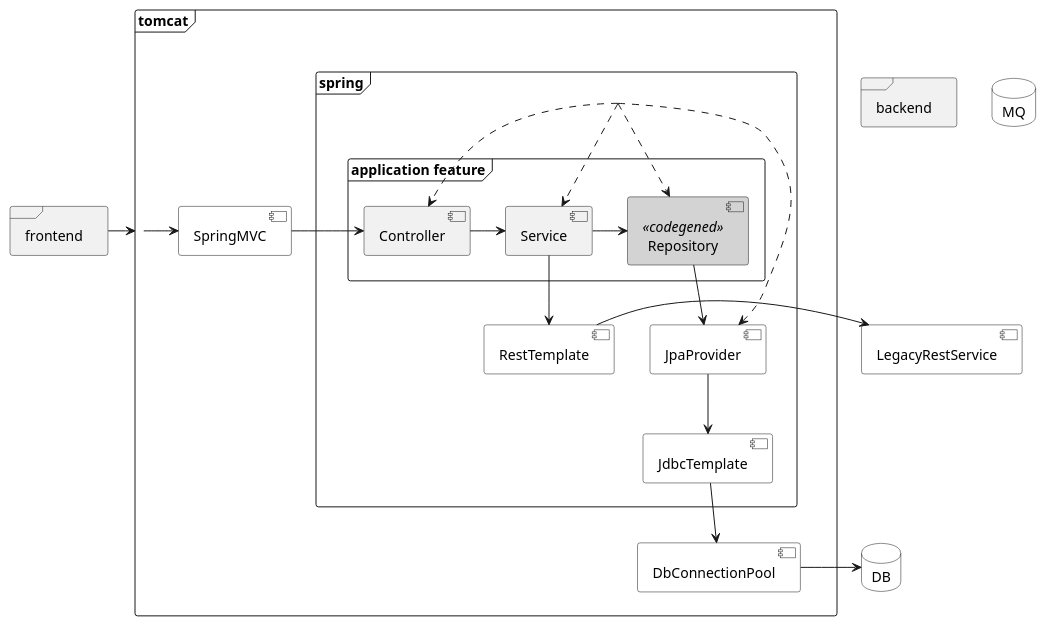
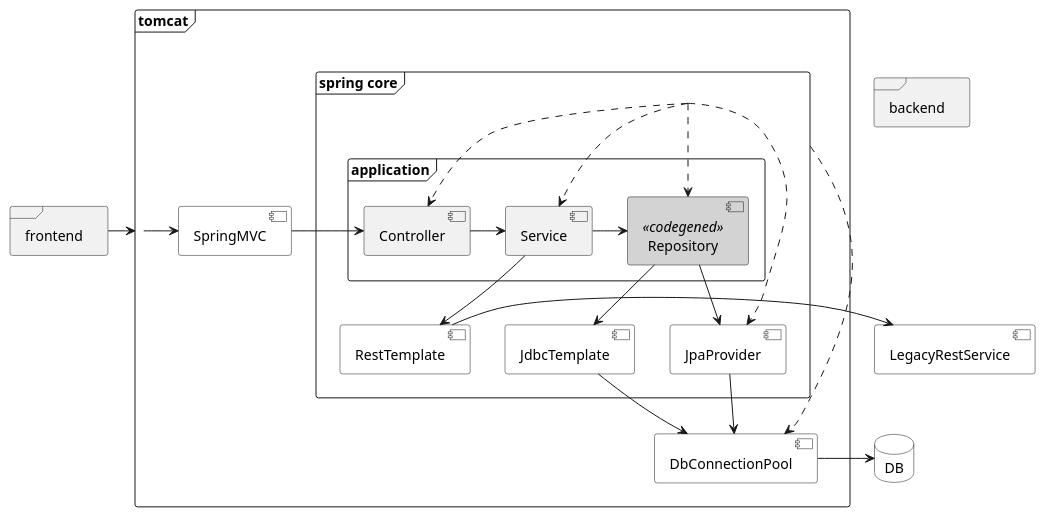
The second of 2 diagrams in README.md (eugene-krivosheyev/agile-practices-application), drawn with PlantUML before and after one commit. The commit also changed other lines of this file and 2 other files, not shown here.

````diff
--- a/README.md
+++ b/README.md
@@ -6,47 +93,46 @@
 ```puml
 @startuml
 frame frontend
 frontend -> tomcat
 
 database DB #white
-database MQ #white
 component [LegacyRestService] #white
 
 frame backend {
-  frame tomcat {
+  frame "servlet container" as tomcat {
     component [SpringMVC] #white
     
-    frame spring {
+    frame "spring core" as spring {
       component [RestTemplate] #white
       component [JpaProvider] #white
       component [JdbcTemplate] #white
       
-      frame "application feature" {
+      frame application {
         component [Repository] <<codegened>> #lightgray
         [Controller] -> [Service]
         Service -> [Repository]
         Repository --> JpaProvider
-        JpaProvider --> JdbcTemplate
+        Repository --> JdbcTemplate
         
         Service --> RestTemplate
         RestTemplate -> LegacyRestService
       }
     }
     
     component [DbConnectionPool] #white
     JdbcTemplate --> DbConnectionPool
+    JpaProvider --> DbConnectionPool
     DbConnectionPool -> DB
     
     spring ..> Controller
     spring ..> Service
     spring ..> Repository
     spring ..> JpaProvider
+    spring ..> DbConnectionPool
   }
   
   tomcat -> SpringMVC
   SpringMVC -> Controller
 }
-
-
 @enduml
 ```
````
